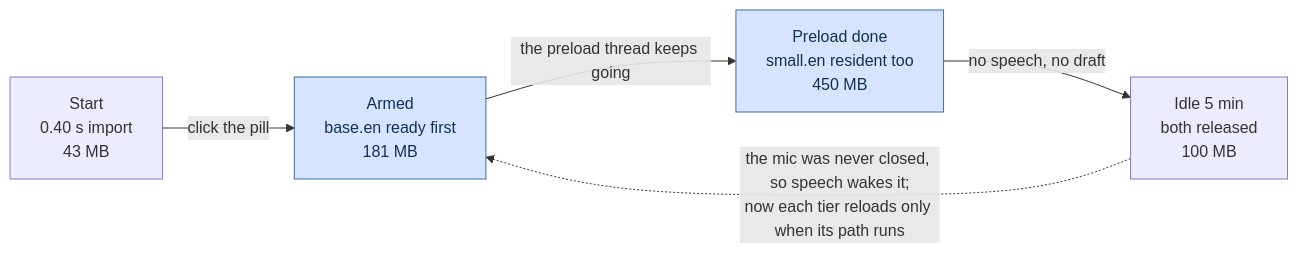
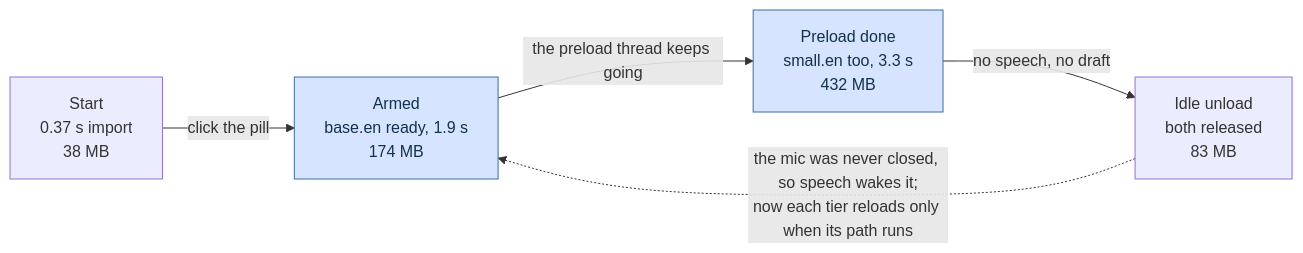
Before and after one commit to samartomar/flow: the second of 2 diagrams in docs/architecture.md, drawn with Mermaid. The commit also changed other lines of this file, not shown here.

````diff
--- a/docs/architecture.md
+++ b/docs/architecture.md
@@ -297,13 +297,13 @@
 ```mermaid
 flowchart LR
-    s1["Start<br/>0.40 s import<br/>43 MB"]
-    s2["Armed<br/>base.en ready first<br/>181 MB"]
-    s3["Preload done<br/>small.en resident too<br/>450 MB"]
-    s4["Idle 5 min<br/>both released<br/>100 MB"]
+    s1["Start<br/>0.37 s import<br/>38 MB"]
+    s2["Armed<br/>base.en ready, 1.9 s<br/>174 MB"]
+    s3["Preload done<br/>small.en too, 3.3 s<br/>432 MB"]
+    s4["Idle unload<br/>both released<br/>83 MB"]
     s1 -->|"click the pill"| s2
     s2 -->|"the preload thread keeps going"| s3
     s3 -->|"no speech, no draft"| s4
     s4 -. "the mic was never closed, so speech wakes it;<br/>now each tier reloads only when its path runs" .-> s2
     classDef heavy fill:#d6e4ff,stroke:#3b6ea5,color:#12314f
     class s2,s3 heavy
 ```
````
